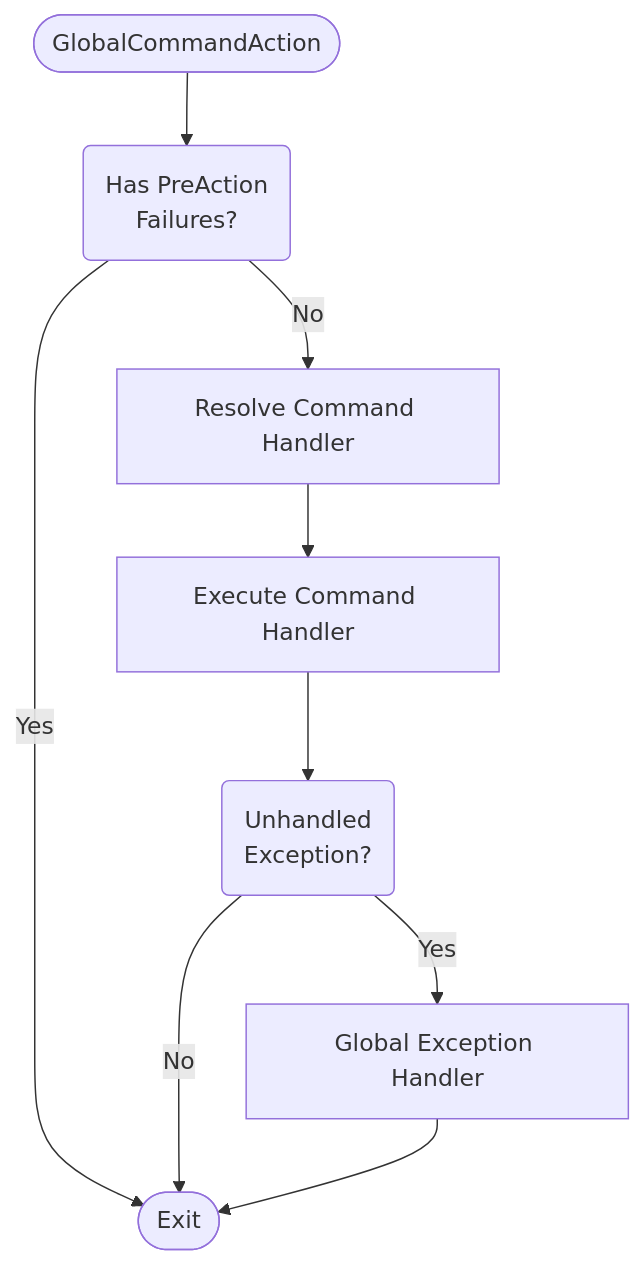
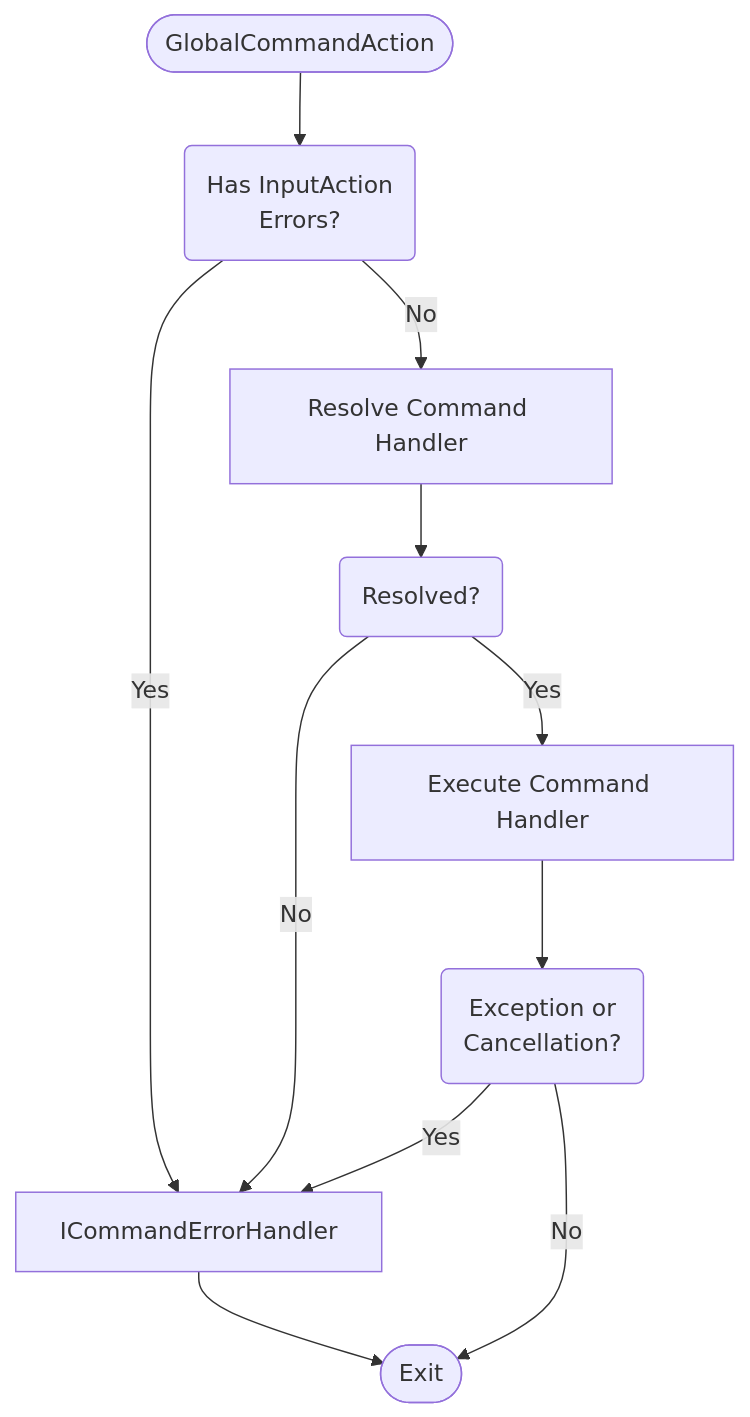
The third of 3 diagrams in docfx_project/articles/execution-pipeline.md (RushuiGuan/commandline), drawn with Mermaid before and after one commit. The commit also changed other lines of this file and 38 other files, not shown here.

````diff
--- a/docfx_project/articles/execution-pipeline.md
+++ b/docfx_project/articles/execution-pipeline.md
@@ -70,11 +70,13 @@
 ```mermaid
 flowchart TD
-    Start([GlobalCommandAction]) --> PreCheck(Has PreAction<br/>Failures?)
-    PreCheck -->|Yes| Exit
+    Start([GlobalCommandAction]) --> PreCheck(Has InputAction<br/>Errors?)
+    PreCheck -->|Yes| ErrorHandler[ICommandErrorHandler]
     PreCheck -->|No| ResolveHandler[Resolve Command Handler]
-    ResolveHandler --> ExecuteHandler[Execute Command Handler]
-    ExecuteHandler --> ExceptionCheck(Unhandled<br/>Exception?)
-    ExceptionCheck -->|Yes| GlobalErrorHandler[Global Exception Handler]
+    ResolveHandler --> ResolveCheck(Resolved?)
+    ResolveCheck -->|No| ErrorHandler
+    ResolveCheck -->|Yes| ExecuteHandler[Execute Command Handler]
+    ExecuteHandler --> ExceptionCheck(Exception or<br/>Cancellation?)
+    ExceptionCheck -->|Yes| ErrorHandler
     ExceptionCheck -->|No| Exit
-    GlobalErrorHandler --> Exit([Exit])
+    ErrorHandler --> Exit([Exit])
 ```
````
